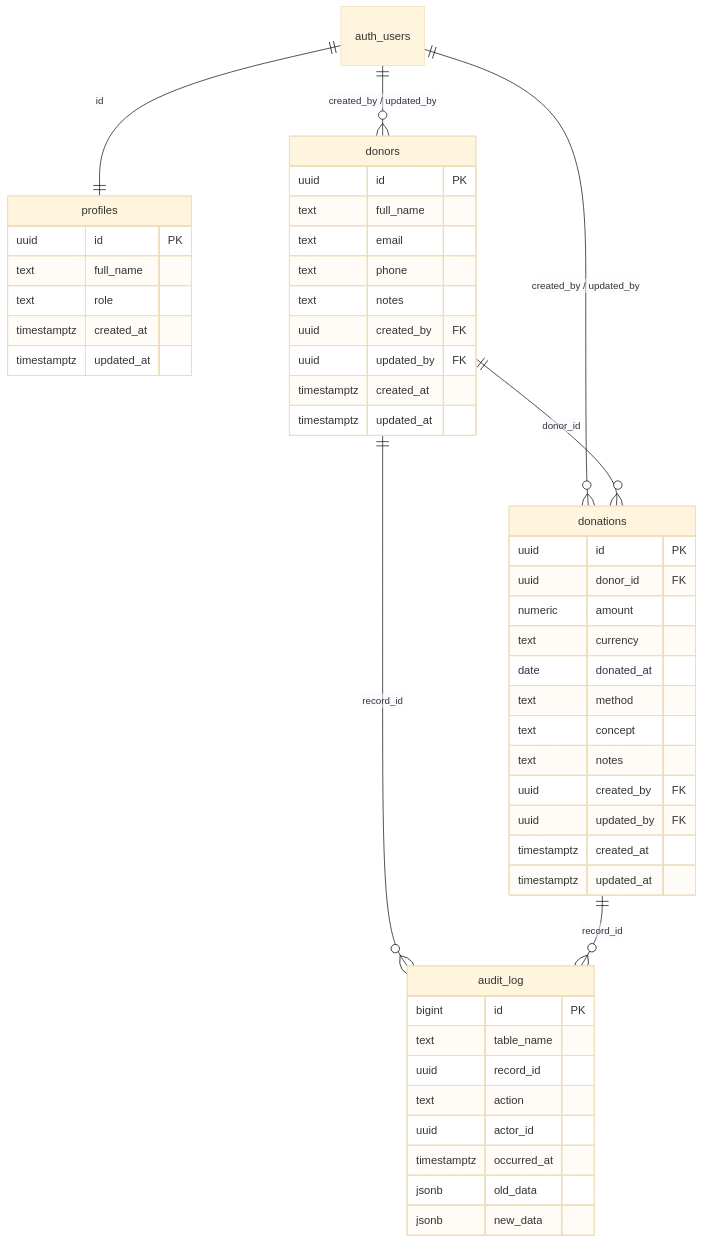
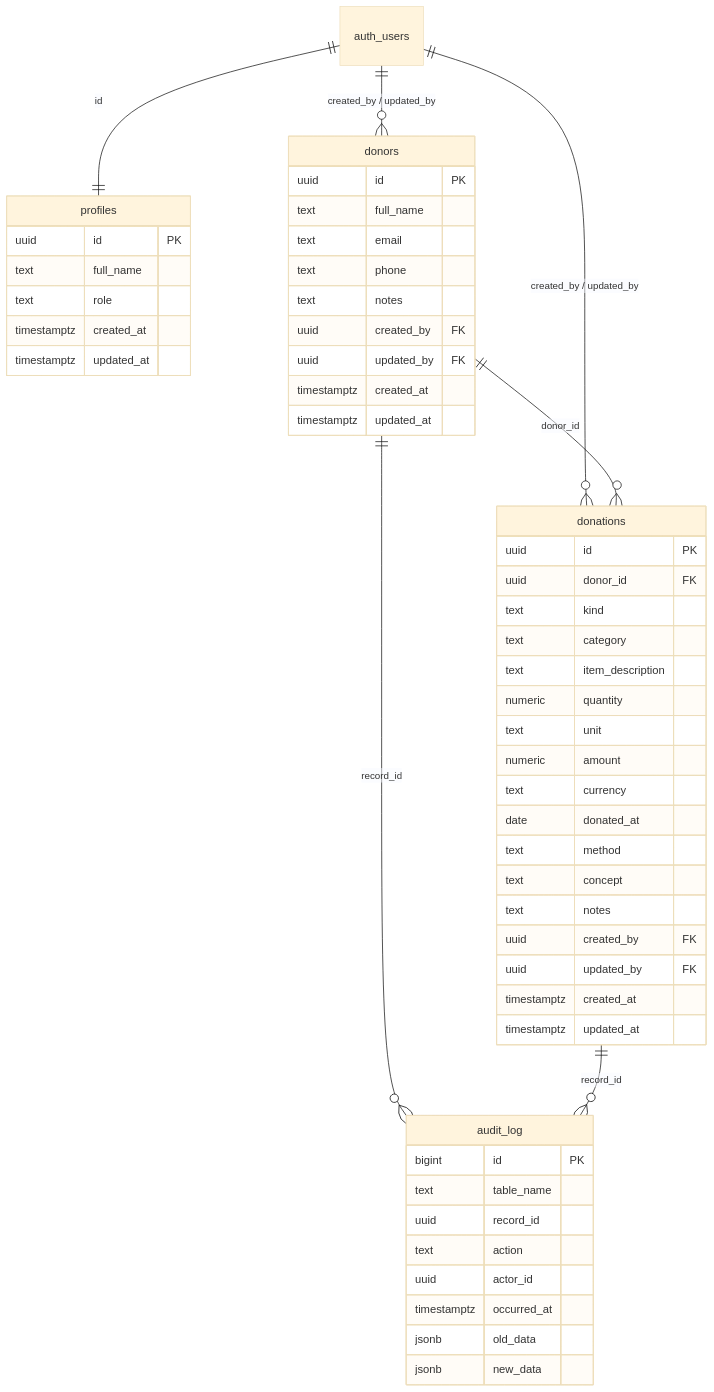
Before and after one commit to SantiagoRiveraO/SC-GestionDonaciones: the diagram in docs/data-model.md, drawn with Mermaid (base theme). The commit also changed other lines of this file and 36 other files, not shown here.

````diff
--- a/docs/data-model.md
+++ b/docs/data-model.md
@@ -67,55 +77,60 @@
 ```mermaid
 erDiagram
   auth_users ||--|| profiles : "id"
   auth_users ||--o{ donors : "created_by / updated_by"
   auth_users ||--o{ donations : "created_by / updated_by"
   donors ||--o{ donations : "donor_id"
   donors ||--o{ audit_log : "record_id"
   donations ||--o{ audit_log : "record_id"
 
   profiles {
     uuid id PK
     text full_name
     text role
     timestamptz created_at
     timestamptz updated_at
   }
 
   donors {
     uuid id PK
     text full_name
     text email
     text phone
     text notes
     uuid created_by FK
     uuid updated_by FK
     timestamptz created_at
     timestamptz updated_at
   }
 
   donations {
     uuid id PK
     uuid donor_id FK
+    text kind
+    text category
+    text item_description
+    numeric quantity
+    text unit
     numeric amount
     text currency
     date donated_at
     text method
     text concept
     text notes
     uuid created_by FK
     uuid updated_by FK
     timestamptz created_at
     timestamptz updated_at
   }
 
   audit_log {
     bigint id PK
     text table_name
     uuid record_id
     text action
     uuid actor_id
     timestamptz occurred_at
     jsonb old_data
     jsonb new_data
   }
 ```
````
